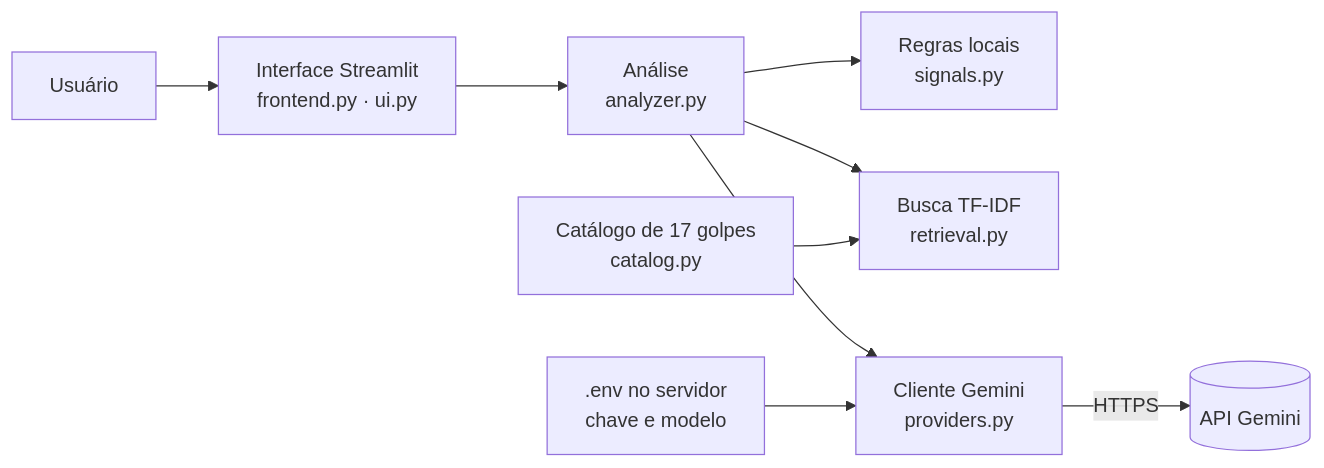
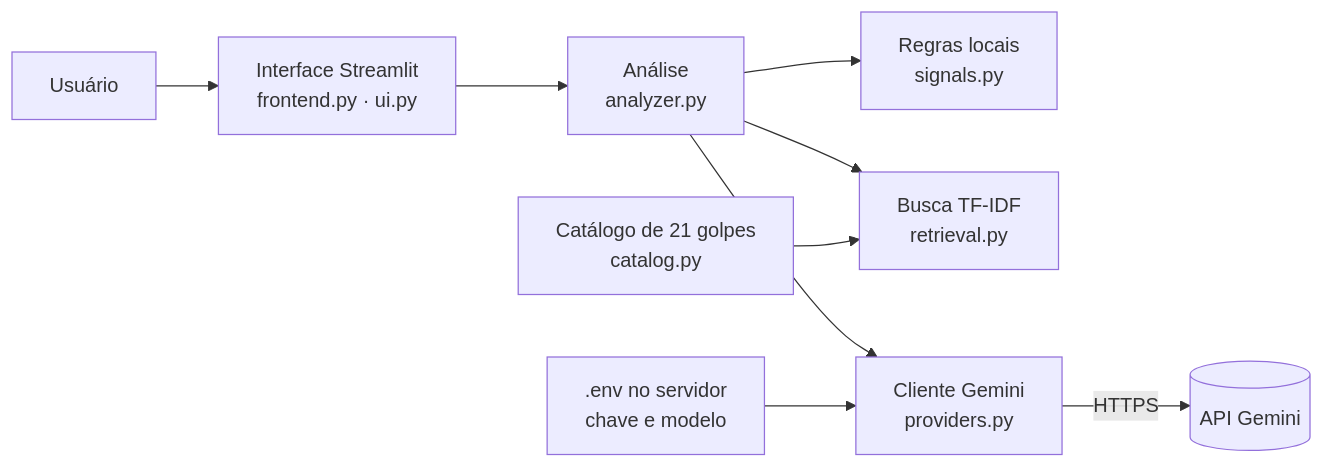
One commit to gustavohleao/alertagolpe changed the second of 3 diagrams in docs/RELATORIO.md. Above: the diagram before and after it, drawn with Mermaid. The commit also changed other lines of this file and 16 other files, not shown here.

````diff
--- a/docs/RELATORIO.md
+++ b/docs/RELATORIO.md
@@ -191,11 +197,11 @@
 ```mermaid
 flowchart LR
     U[Usuário] --> UI[Interface Streamlit<br/>frontend.py · ui.py]
     UI --> AN[Análise<br/>analyzer.py]
     AN --> SG[Regras locais<br/>signals.py]
     AN --> IDX[Busca TF-IDF<br/>retrieval.py]
-    CAT[Catálogo de 17 golpes<br/>catalog.py] --> IDX
+    CAT[Catálogo de 21 golpes<br/>catalog.py] --> IDX
     AN --> GEM[Cliente Gemini<br/>providers.py]
     GEM -->|HTTPS| API[(API Gemini)]
     CFG[.env no servidor<br/>chave e modelo] --> GEM
 ```
````
